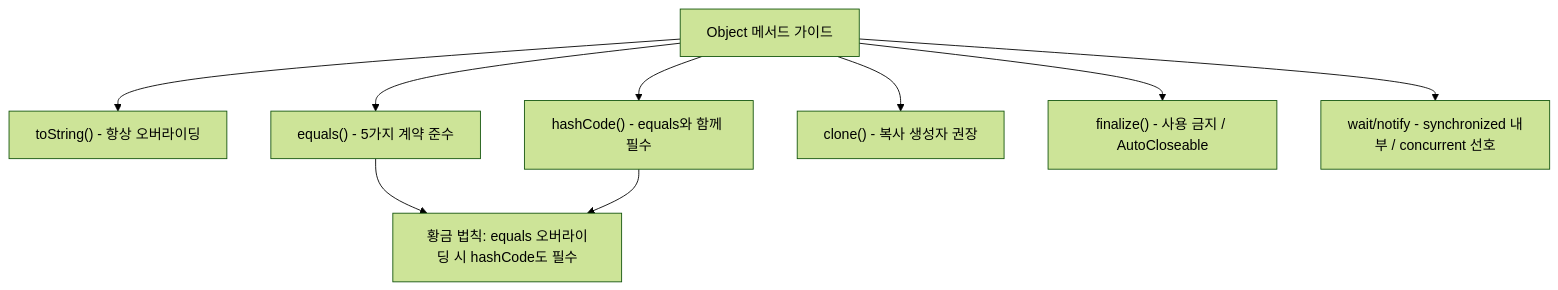
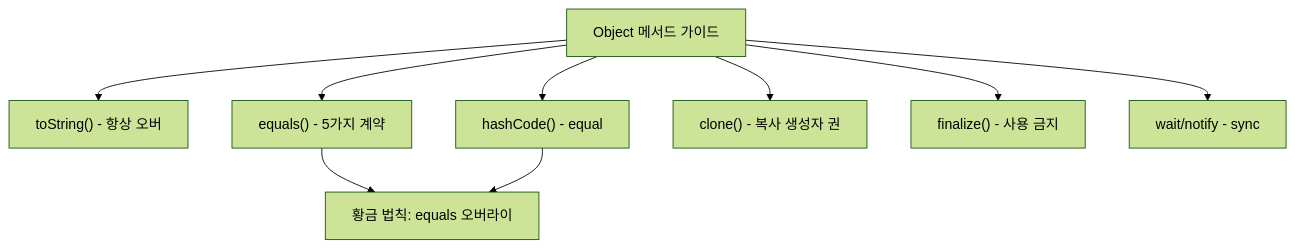
Before and after one commit to yjkim2015/yjkim2015.github.io: the sixth of 6 diagrams in _posts/java/2026-05-01-java-object-class.md, drawn with Mermaid (forest theme). The commit also changed other lines of this file and 271 other files, not shown here.

First line of the commit message:
Mermaid 라벨 축소: 긴 노드 텍스트 18자 이하로 트림 + \n 제거

````diff
--- a/_posts/java/2026-05-01-java-object-class.md
+++ b/_posts/java/2026-05-01-java-object-class.md
@@ -706,12 +706,12 @@
 ```mermaid
 graph TD
     OBJECT["Object 메서드 가이드"]
-    OBJECT --> TOSTRING["toString() - 항상 오버라이딩"]
-    OBJECT --> EQUALS["equals() - 5가지 계약 준수"]
-    OBJECT --> HASHCODE["hashCode() - equals와 함께 필수"]
-    OBJECT --> CLONE["clone() - 복사 생성자 권장"]
-    OBJECT --> FINALIZE["finalize() - 사용 금지 / AutoCloseable"]
-    OBJECT --> WAITNOTIFY["wait/notify - synchronized 내부 / concurrent 선호"]
-    EQUALS --> GOLDEN["황금 법칙: equals 오버라이딩 시 hashCode도 필수"]
+    OBJECT --> TOSTRING["toString() - 항상 오버"]
+    OBJECT --> EQUALS["equals() - 5가지 계약"]
+    OBJECT --> HASHCODE["hashCode() - equal"]
+    OBJECT --> CLONE["clone() - 복사 생성자 권"]
+    OBJECT --> FINALIZE["finalize() - 사용 금지"]
+    OBJECT --> WAITNOTIFY["wait/notify - sync"]
+    EQUALS --> GOLDEN["황금 법칙: equals 오버라이"]
     HASHCODE --> GOLDEN
 ```
````
